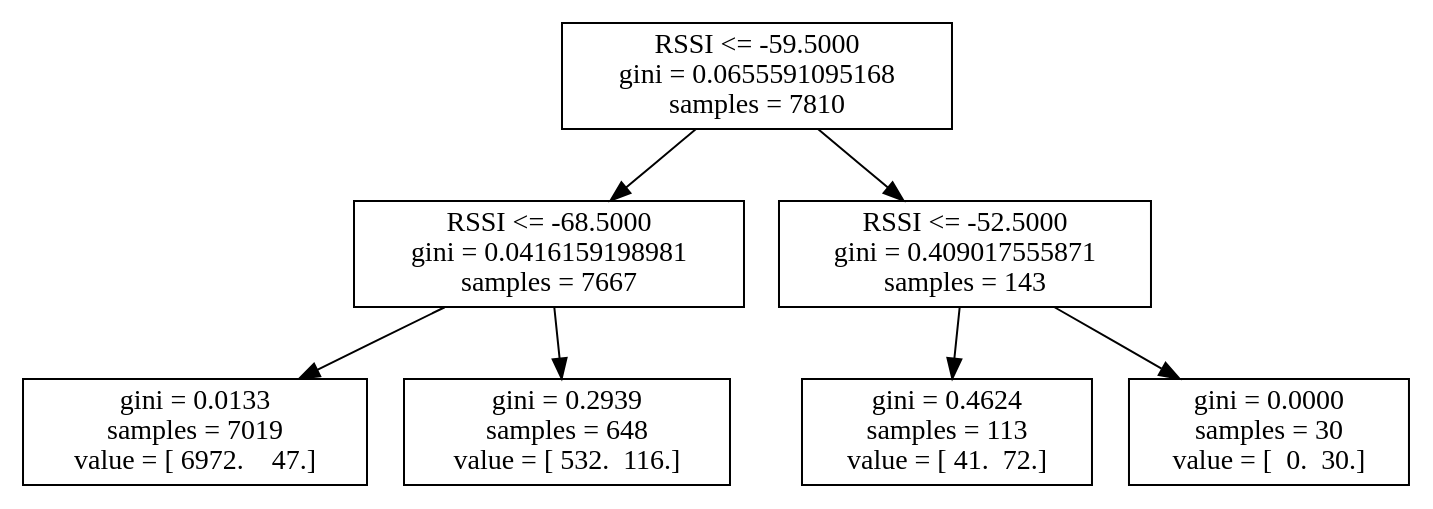
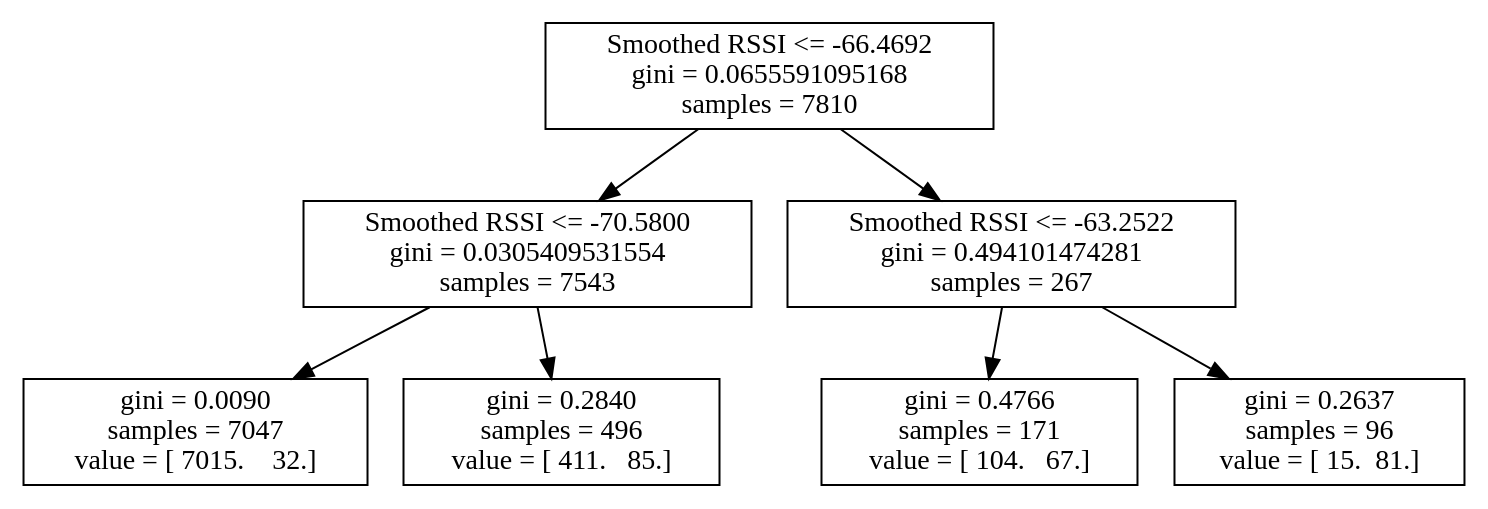
The diagram in logs/4_19/log2.dot (atitus5/6s062-Project), drawn with Graphviz before and after one commit. The commit also changed 75 other files, not shown here.

```diff
--- a/logs/4_19/log2.dot
+++ b/logs/4_19/log2.dot
@@ -1,15 +1,15 @@
 digraph Tree {
-0 [label="RSSI <= -59.5000\ngini = 0.0655591095168\nsamples = 7810", shape="box"] ;
-1 [label="RSSI <= -68.5000\ngini = 0.0416159198981\nsamples = 7667", shape="box"] ;
+0 [label="Smoothed RSSI <= -66.4692\ngini = 0.0655591095168\nsamples = 7810", shape="box"] ;
+1 [label="Smoothed RSSI <= -70.5800\ngini = 0.0305409531554\nsamples = 7543", shape="box"] ;
 0 -> 1 ;
-2 [label="gini = 0.0133\nsamples = 7019\nvalue = [ 6972.    47.]", shape="box"] ;
+2 [label="gini = 0.0090\nsamples = 7047\nvalue = [ 7015.    32.]", shape="box"] ;
 1 -> 2 ;
-3 [label="gini = 0.2939\nsamples = 648\nvalue = [ 532.  116.]", shape="box"] ;
+3 [label="gini = 0.2840\nsamples = 496\nvalue = [ 411.   85.]", shape="box"] ;
 1 -> 3 ;
-4 [label="RSSI <= -52.5000\ngini = 0.409017555871\nsamples = 143", shape="box"] ;
+4 [label="Smoothed RSSI <= -63.2522\ngini = 0.494101474281\nsamples = 267", shape="box"] ;
 0 -> 4 ;
-5 [label="gini = 0.4624\nsamples = 113\nvalue = [ 41.  72.]", shape="box"] ;
+5 [label="gini = 0.4766\nsamples = 171\nvalue = [ 104.   67.]", shape="box"] ;
 4 -> 5 ;
-6 [label="gini = 0.0000\nsamples = 30\nvalue = [  0.  30.]", shape="box"] ;
+6 [label="gini = 0.2637\nsamples = 96\nvalue = [ 15.  81.]", shape="box"] ;
 4 -> 6 ;
 }
```
